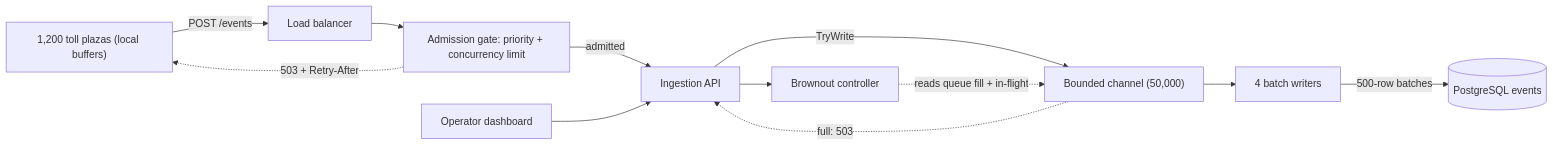
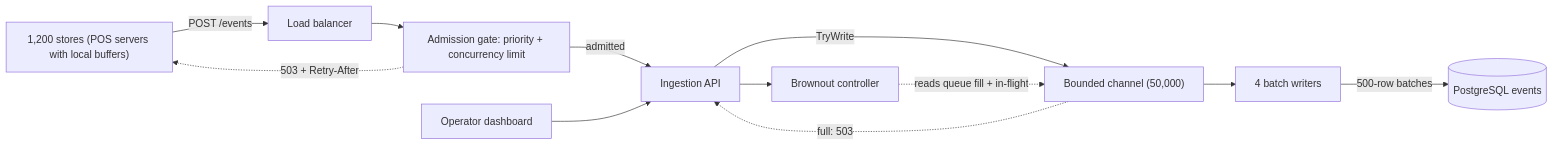
Before and after one commit to rizwi0786/system-design-lab: the first of 2 diagrams in content/lessons/m13/m13-backpressure.md, drawn with Mermaid. The commit also changed other lines of this file and 334 other files, not shown here.

````diff
--- a/content/lessons/m13/m13-backpressure.md
+++ b/content/lessons/m13/m13-backpressure.md
@@ -176,14 +176,14 @@
 ```mermaid
 flowchart LR
-    P["1,200 toll plazas (local buffers)"] -->|"POST /events"| LB["Load balancer"]
+    P["1,200 stores (POS servers with local buffers)"] -->|"POST /events"| LB["Load balancer"]
     LB --> GATE["Admission gate: priority + concurrency limit"]
     GATE -->|"admitted"| API["Ingestion API"]
     GATE -.->|"503 + Retry-After"| P
     API -->|"TryWrite"| Q["Bounded channel (50,000)"]
     Q -.->|"full: 503"| API
     Q --> W["4 batch writers"]
     W -->|"500-row batches"| DB[("PostgreSQL events")]
     API --> BO["Brownout controller"]
     BO -.->|"reads queue fill + in-flight"| Q
     DASH["Operator dashboard"] --> API
 ```
````
